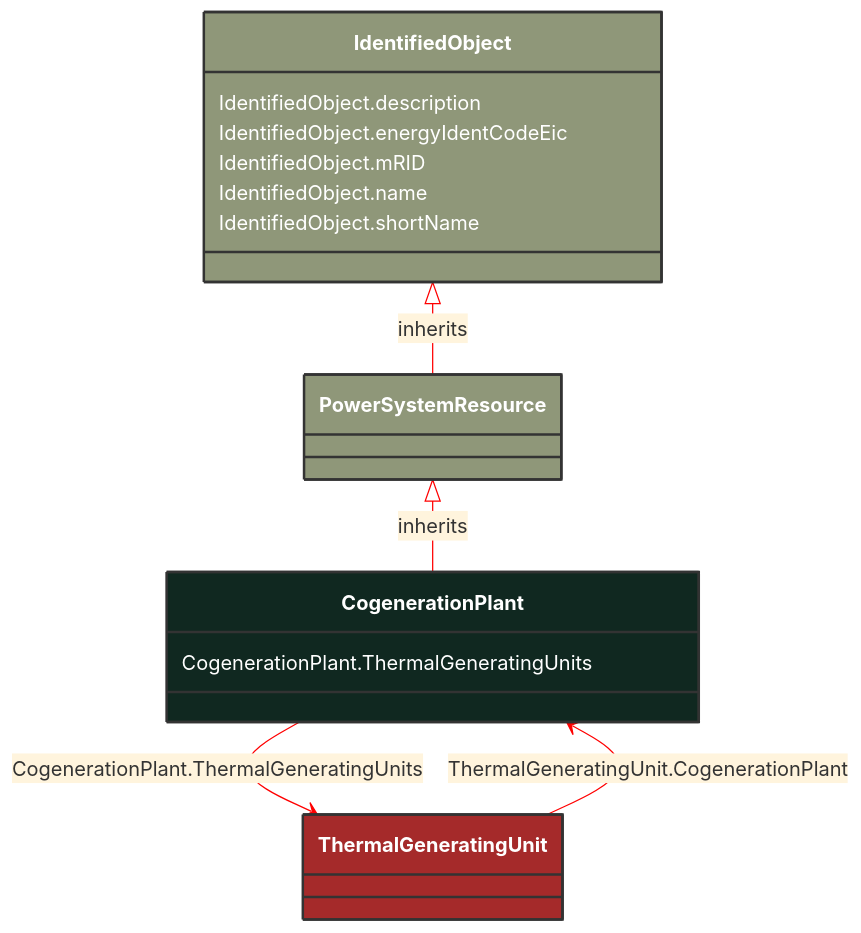
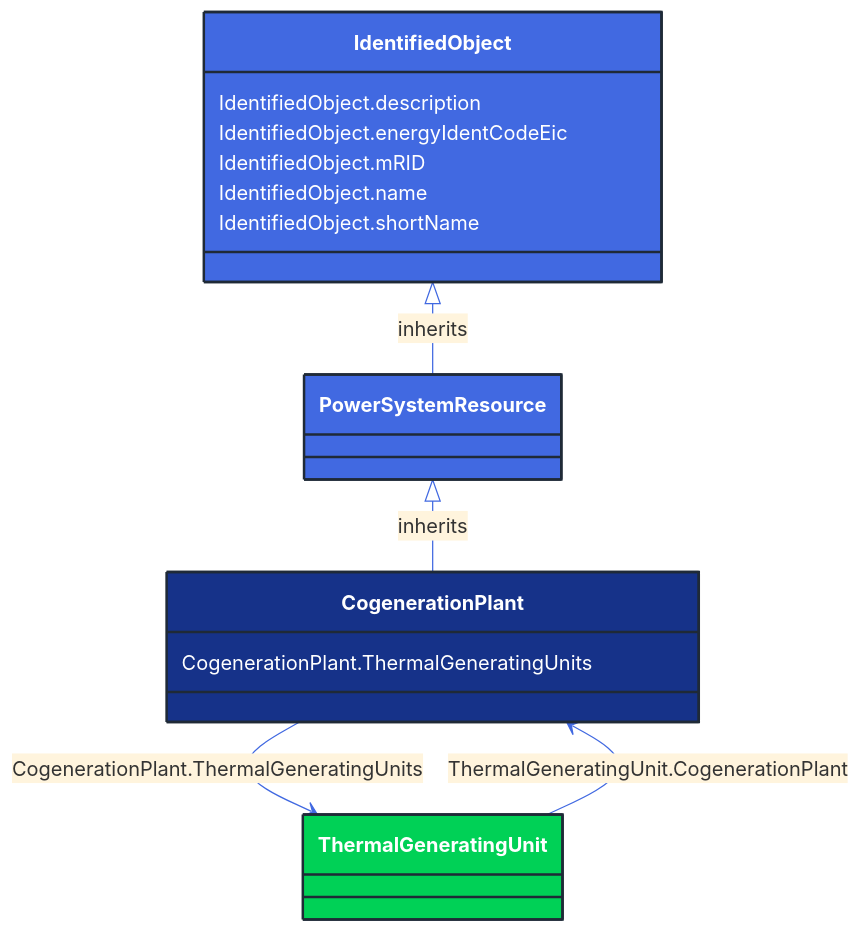
One commit to 3lbits/NoCIMExtensions changed the diagram in docs/Models/Profiles/CoreEquipment/ConcreteClasses/CogenerationPlant.md. Above: the diagram before and after it, drawn with Mermaid. The commit also changed 362 other files, not shown here.

First line of the commit message:
Update diagrams and styles for improved visual consistency

````diff
--- a/docs/Models/Profiles/CoreEquipment/ConcreteClasses/CogenerationPlant.md
+++ b/docs/Models/Profiles/CoreEquipment/ConcreteClasses/CogenerationPlant.md
@@ -8,35 +8,35 @@
 ```mermaid
-%%{init: {'theme':'base','themeVariables': {'lineColor': '#FF0000'}}}%%
+%%{init: {'theme':'base','themeVariables': {'lineColor': '#4169E1'}}}%%
 classDiagram
     class CogenerationPlant
     click CogenerationPlant href "/Models/Profiles/CoreEquipment/ConcreteClasses/CogenerationPlant/"
-    style CogenerationPlant fill:#102820,stroke:#333,stroke-width:2px,rx:10,ry:10,color:white
+    style CogenerationPlant fill:#163289,stroke:#1F2A37,stroke-width:2px,rx:10,ry:10,color:white
      
         PowerSystemResource <|-- CogenerationPlant : inherits
             click PowerSystemResource href "/Models/Profiles/CoreEquipment/AbstractClasses/PowerSystemResource/"
-            style PowerSystemResource fill:#8F9779,stroke:#333,stroke-width:2px,rx:10,ry:10,color:white
+            style PowerSystemResource fill:#4169E1,stroke:#1F2A37,stroke-width:2px,rx:10,ry:10,color:white
      
         IdentifiedObject <|-- PowerSystemResource : inherits
             click IdentifiedObject href "/Models/Profiles/CoreEquipment/AbstractClasses/IdentifiedObject/"
-            style IdentifiedObject fill:#8F9779,stroke:#333,stroke-width:2px,rx:10,ry:10,color:white
+            style IdentifiedObject fill:#4169E1,stroke:#1F2A37,stroke-width:2px,rx:10,ry:10,color:white
 
         CogenerationPlant --> ThermalGeneratingUnit : CogenerationPlant.ThermalGeneratingUnits
 
         ThermalGeneratingUnit
             click ThermalGeneratingUnit href "/Models/Profiles/CoreEquipment/ConcreteClasses/ThermalGeneratingUnit/"
-            style ThermalGeneratingUnit fill:#A52A2A,stroke:#333,stroke-width:2px,rx:10,ry:10,color:white
+            style ThermalGeneratingUnit fill:#00D156,stroke:#1F2A37,stroke-width:2px,rx:10,ry:10,color:white
 
         ThermalGeneratingUnit --> CogenerationPlant : ThermalGeneratingUnit.CogenerationPlant
 
         ThermalGeneratingUnit
             click ThermalGeneratingUnit href "/Models/Profiles/CoreEquipment/ConcreteClasses/ThermalGeneratingUnit/"
-            style ThermalGeneratingUnit fill:#A52A2A,stroke:#333,stroke-width:2px,rx:10,ry:10,color:white
+            style ThermalGeneratingUnit fill:#00D156,stroke:#1F2A37,stroke-width:2px,rx:10,ry:10,color:white
 
 
         CogenerationPlant : CogenerationPlant.ThermalGeneratingUnits
         IdentifiedObject : IdentifiedObject.description
         IdentifiedObject : IdentifiedObject.energyIdentCodeEic
         IdentifiedObject : IdentifiedObject.mRID
         IdentifiedObject : IdentifiedObject.name
         IdentifiedObject : IdentifiedObject.shortName
 ```
````
